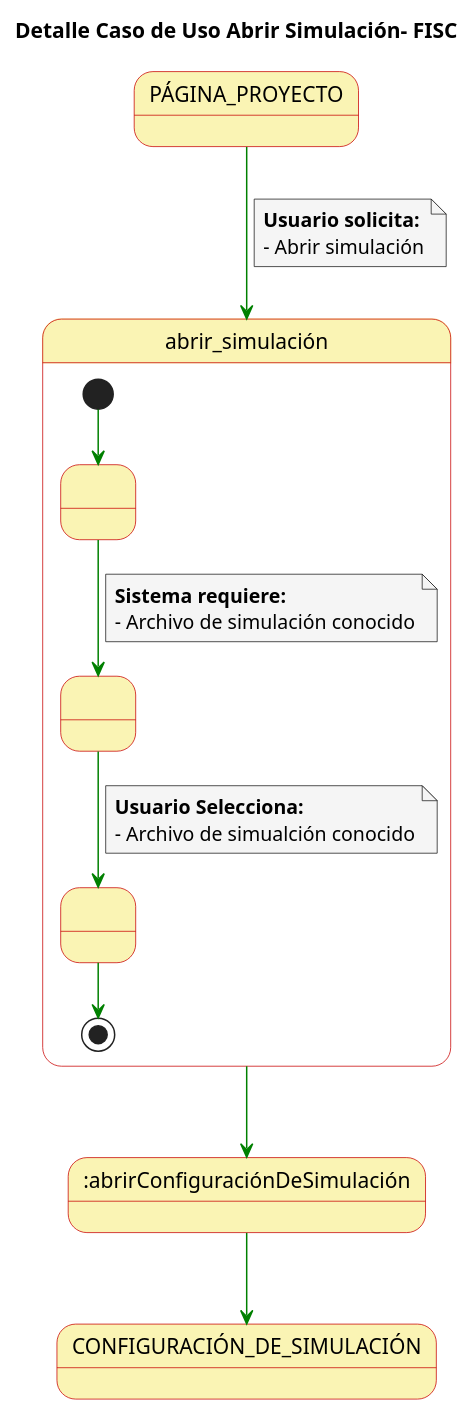
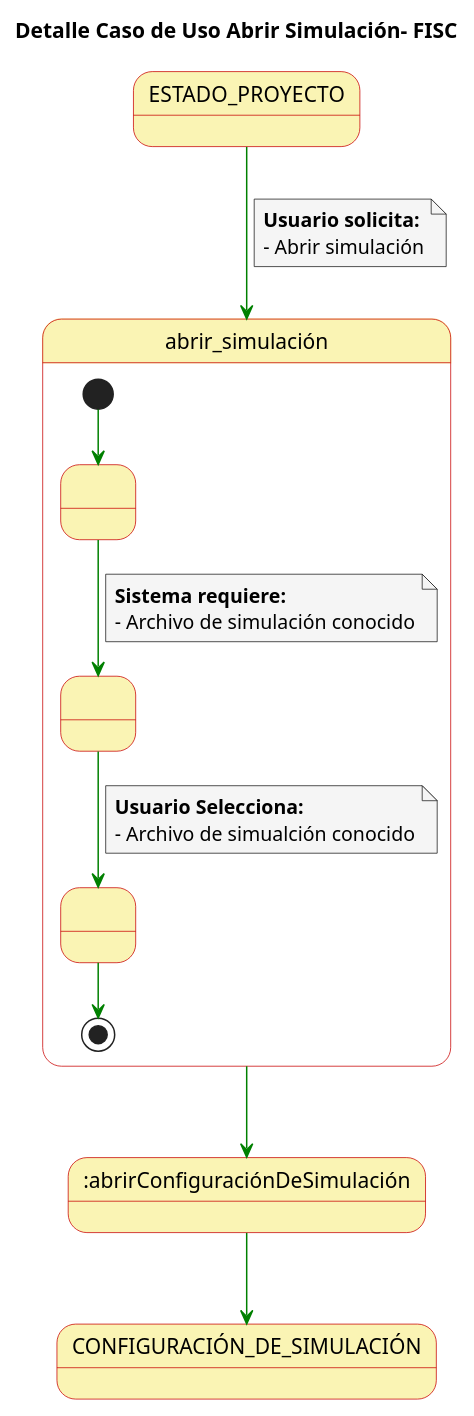
One commit to mmasias/23-24-IdSw1-SDR changed the diagram in casosDeUso/detallesCasosUso/detalleCasoUsoAbrirSimulacion.puml. Above: the diagram before and after it, drawn with PlantUML. The commit also changed 3 other files, not shown here.

```diff
--- a/casosDeUso/detallesCasosUso/detalleCasoUsoAbrirSimulacion.puml
+++ b/casosDeUso/detallesCasosUso/detalleCasoUsoAbrirSimulacion.puml
@@ -1,47 +1,47 @@
 @startuml
 
 skinparam state {
   BackgroundColor #faf4b4
   BorderColor #c90000
 }
 
 skinparam note {
   BackgroundColor #f5f5f5
 }
 
 skinparam linetype polyline
 
 title Detalle Caso de Uso Abrir Simulación- FISC
 
 
-PÁGINA_PROYECTO -[#green]-> abrir_simulación
+ESTADO_PROYECTO -[#green]-> abrir_simulación
 note on link
   **Usuario solicita:**
   - Abrir simulación
 end note
 
 state abrir_simulación{
   state 1 as " "
   state 2 as " "
   state 3 as " "
   
   [*] -[#green]-> 1
   1 -[#green]-> 2
   note on link
       **Sistema requiere:**
       - Archivo de simulación conocido
   end note
   2 -[#green]-> 3
   note on link
     **Usuario Selecciona:**
     - Archivo de simualción conocido
   end note
  
   3 -[#green]-> [*]
 }
 
 abrir_simulación-[#green]-> :abrirConfiguraciónDeSimulación
 
 :abrirConfiguraciónDeSimulación-[#green]-> CONFIGURACIÓN_DE_SIMULACIÓN
 
 @enduml
```
